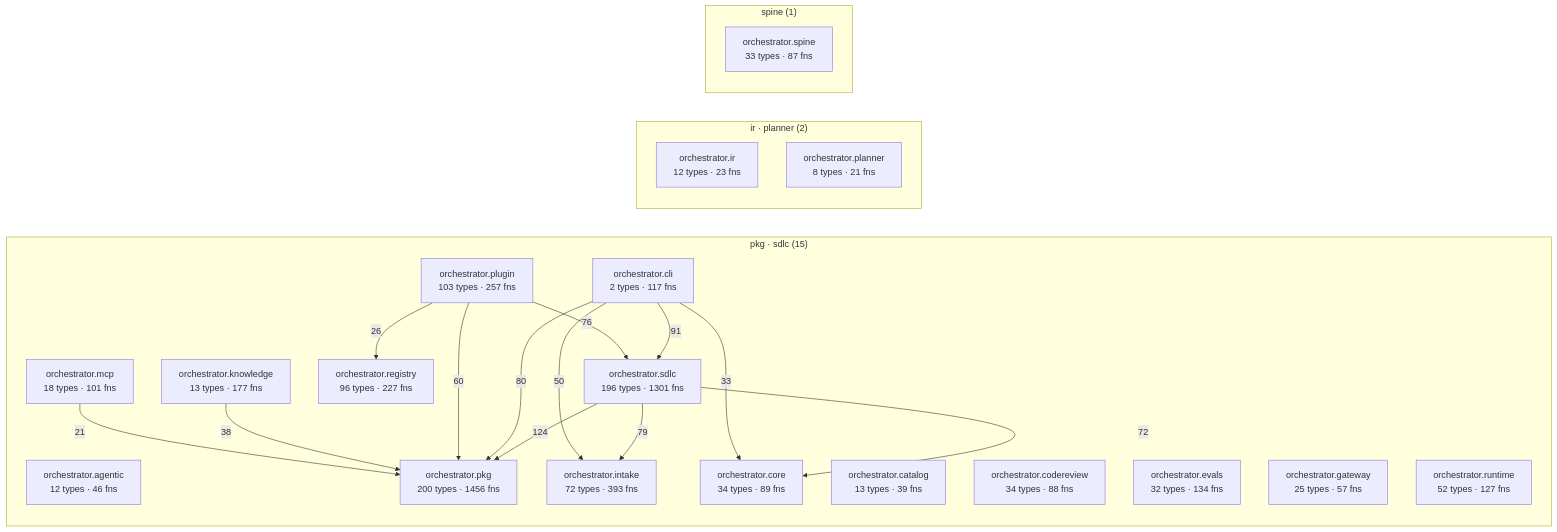
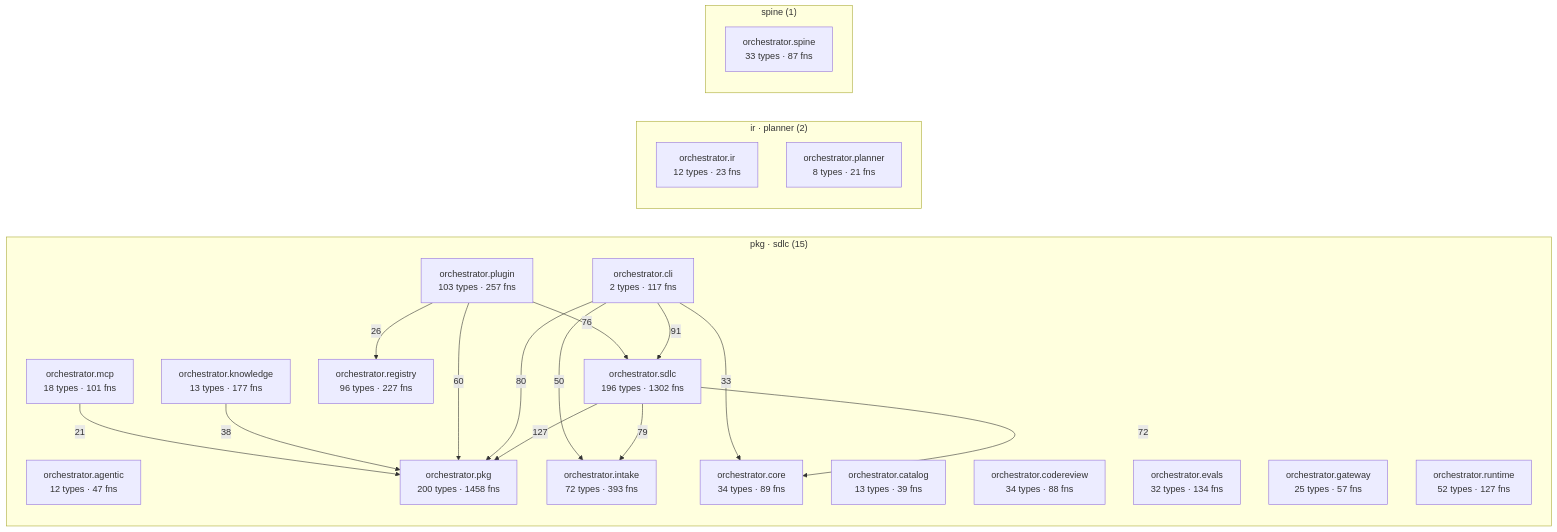
The diagram in episteme/architecture.md (synaptixs/spine), drawn with Mermaid before and after one commit. The commit also changed other lines of this file and 14 other files, not shown here.

````diff
--- a/episteme/architecture.md
+++ b/episteme/architecture.md
@@ -56,39 +56,39 @@
 ```mermaid
 flowchart LR
   subgraph c_2["pkg · sdlc (15)"]
-    aorchestratoragentic["orchestrator.agentic<br/>12 types · 46 fns"]
+    aorchestratoragentic["orchestrator.agentic<br/>12 types · 47 fns"]
     aorchestratorcatalog["orchestrator.catalog<br/>13 types · 39 fns"]
     aorchestratorcli["orchestrator.cli<br/>2 types · 117 fns"]
     aorchestratorcodereview["orchestrator.codereview<br/>34 types · 88 fns"]
     aorchestratorcore["orchestrator.core<br/>34 types · 89 fns"]
     aorchestratorevals["orchestrator.evals<br/>32 types · 134 fns"]
     aorchestratorgateway["orchestrator.gateway<br/>25 types · 57 fns"]
     aorchestratorintake["orchestrator.intake<br/>72 types · 393 fns"]
     aorchestratorknowledge["orchestrator.knowledge<br/>13 types · 177 fns"]
     aorchestratormcp["orchestrator.mcp<br/>18 types · 101 fns"]
-    aorchestratorpkg["orchestrator.pkg<br/>200 types · 1456 fns"]
+    aorchestratorpkg["orchestrator.pkg<br/>200 types · 1458 fns"]
     aorchestratorplugin["orchestrator.plugin<br/>103 types · 257 fns"]
     aorchestratorregistry["orchestrator.registry<br/>96 types · 227 fns"]
     aorchestratorruntime["orchestrator.runtime<br/>52 types · 127 fns"]
-    aorchestratorsdlc["orchestrator.sdlc<br/>196 types · 1301 fns"]
+    aorchestratorsdlc["orchestrator.sdlc<br/>196 types · 1302 fns"]
   end
   subgraph c_6["ir · planner (2)"]
     aorchestratorir["orchestrator.ir<br/>12 types · 23 fns"]
     aorchestratorplanner["orchestrator.planner<br/>8 types · 21 fns"]
   end
   subgraph c_12["spine (1)"]
     aorchestratorspine["orchestrator.spine<br/>33 types · 87 fns"]
   end
-  aorchestratorsdlc -->|124| aorchestratorpkg
+  aorchestratorsdlc -->|127| aorchestratorpkg
   aorchestratorcli -->|91| aorchestratorsdlc
   aorchestratorcli -->|80| aorchestratorpkg
   aorchestratorsdlc -->|79| aorchestratorintake
   aorchestratorplugin -->|76| aorchestratorsdlc
   aorchestratorsdlc -->|72| aorchestratorcore
   aorchestratorplugin -->|60| aorchestratorpkg
   aorchestratorcli -->|50| aorchestratorintake
   aorchestratorknowledge -->|38| aorchestratorpkg
   aorchestratorcli -->|33| aorchestratorcore
   aorchestratorplugin -->|26| aorchestratorregistry
   aorchestratormcp -->|21| aorchestratorpkg
 ```
````
